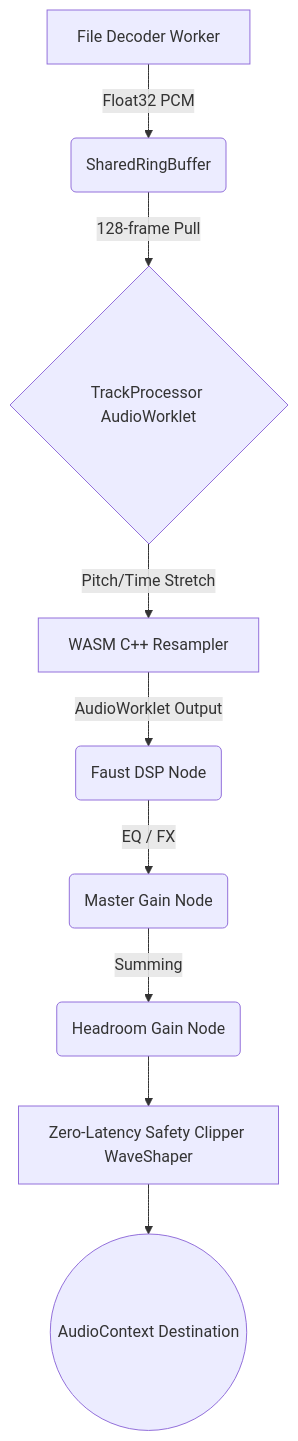
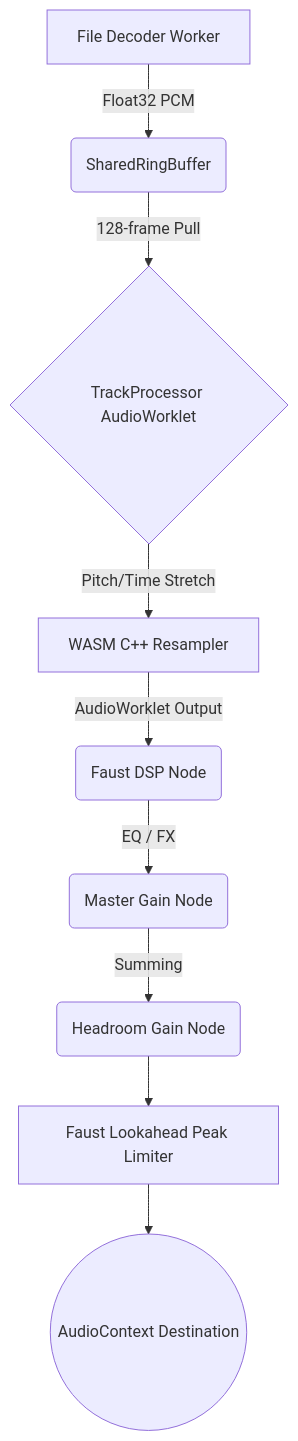
The diagram in SIGNAL-ANALYSIS.md (ryanncode/vici), drawn with Mermaid before and after one commit. The commit also changed other lines of this file and 4 other files, not shown here.

Commit message:
feat(dsp): implement transparent lookahead limiter and add IMD/Aliasing/DC tests to verification suite

````diff
--- a/SIGNAL-ANALYSIS.md
+++ b/SIGNAL-ANALYSIS.md
@@ -11,11 +11,11 @@
 ```mermaid
 graph TD
     A[File Decoder Worker] -->|Float32 PCM| B(SharedRingBuffer)
     B -->|128-frame Pull| C{TrackProcessor AudioWorklet}
     C -->|Pitch/Time Stretch| D[WASM C++ Resampler]
     D -->|AudioWorklet Output| E(Faust DSP Node)
     E -->|EQ / FX| F(Master Gain Node)
     F -->|Summing| G(Headroom Gain Node)
-    G --> H[Zero-Latency Safety Clipper WaveShaper]
+    G --> H[Faust Lookahead Peak Limiter]
     H --> I((AudioContext Destination))
 ```
````
